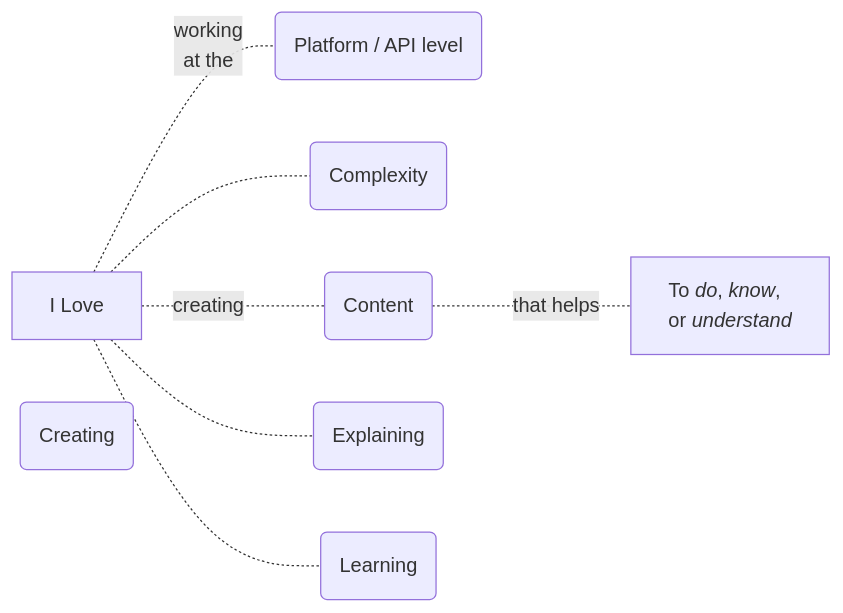
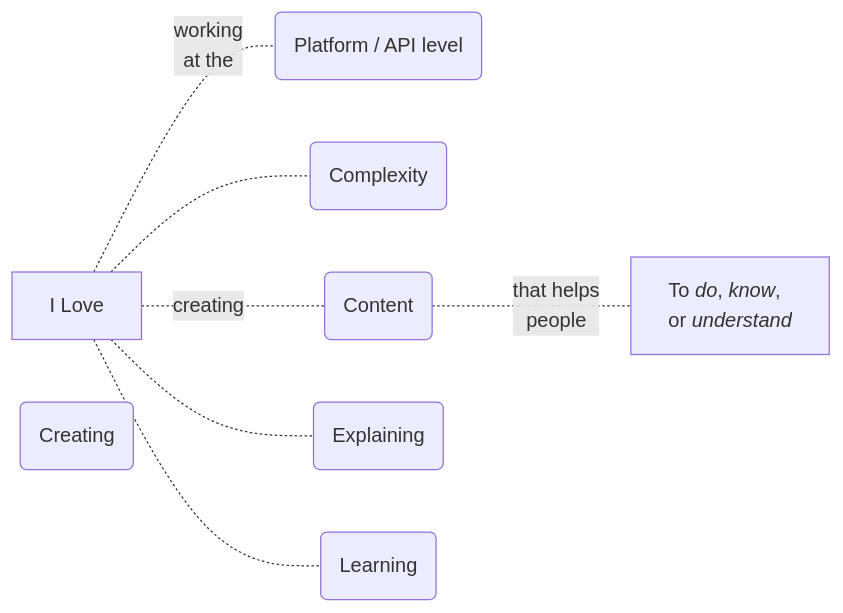
The diagram in overview.md (joe-dorward/samples), drawn with Mermaid before and after one commit.

````diff
--- a/overview.md
+++ b/overview.md
@@ -2,29 +2,30 @@
 ```mermaid
 flowchart LR
 I_LOVE["I Love"]
 
 PLATFORM_API("Platform / API level")
 
 COMPLEXITY("Complexity")
 CREATING("Creating")
 CONTENT("Content")
 EXPLAINING("Explaining")
 LEARNING("Learning")
 
 DO_KNOW_UNDERSTAND["`To *do*, *know*,
 or *understand*`"]
 style DO_KNOW_UNDERSTAND text-align:left
 
 
 
 %% CONNECTIONS
 
 I_LOVE-."working
 at the".-PLATFORM_API
 
 I_LOVE-.-COMPLEXITY
 I_LOVE-.-LEARNING
 I_LOVE-.-EXPLAINING
 
-I_LOVE-.creating.-CONTENT-."that helps".-DO_KNOW_UNDERSTAND
+I_LOVE-.creating.-CONTENT-."that helps
+people".-DO_KNOW_UNDERSTAND
 ```
````
